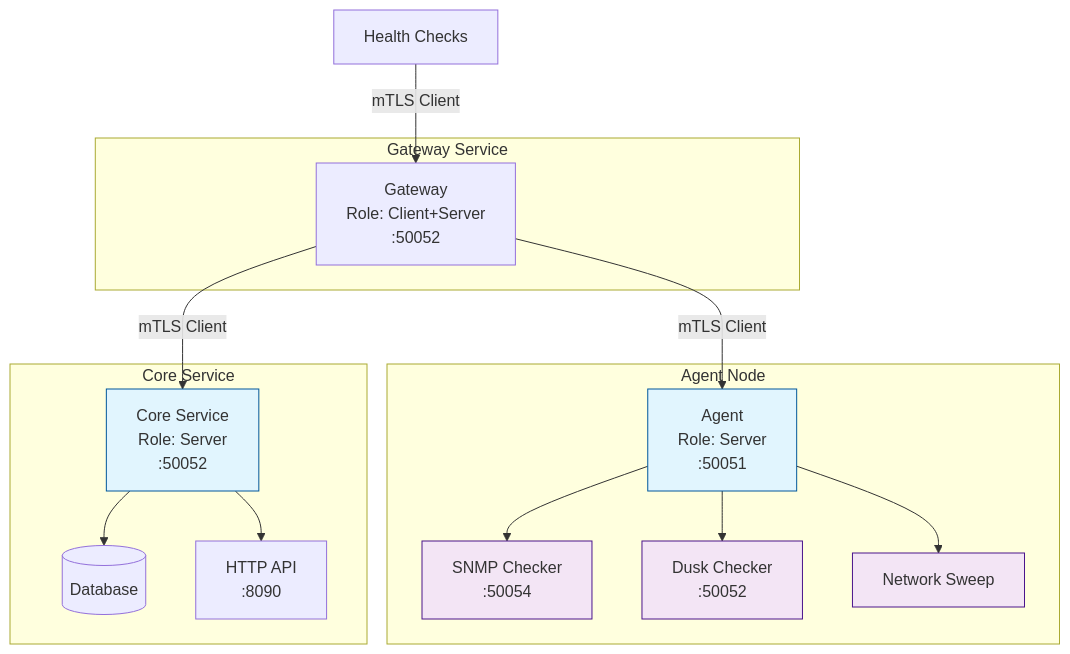
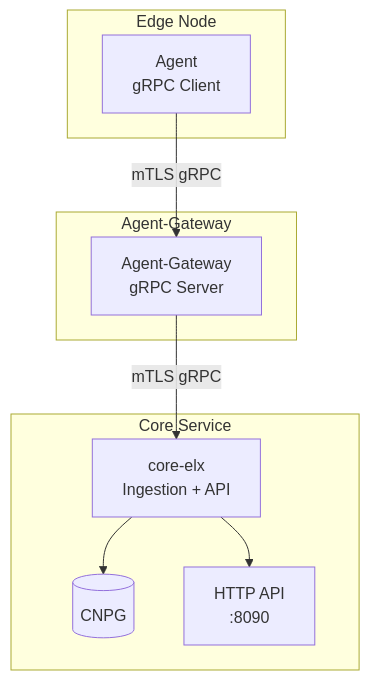
The second of 7 diagrams in docs/docs/architecture.md (carverauto/serviceradar), drawn with Mermaid before and after one commit. The commit also changed other lines of this file and 11 other files, not shown here.

````diff
--- a/docs/docs/architecture.md
+++ b/docs/docs/architecture.md
@@ -245,41 +241,22 @@
 ```mermaid
 graph TB
-subgraph "Agent Node"
-AG[Agent<br/>Role: Server<br/>:50051]
-SNMPCheck[SNMP Checker<br/>:50054]
-DuskCheck[Dusk Checker<br/>:50052]
-SweepCheck[Network Sweep]
+    subgraph "Edge Node"
+        AG[Agent<br/>gRPC Client]
+    end
 
-        AG --> SNMPCheck
-        AG --> DuskCheck
-        AG --> SweepCheck
+    subgraph "Agent-Gateway"
+        GW[Agent-Gateway<br/>gRPC Server]
     end
-    
-    subgraph "Gateway Service"
-        GW[Gateway<br/>Role: Client+Server<br/>:50052]
-    end
-    
+
     subgraph "Core Service"
-        CL[Core Service<br/>Role: Server<br/>:50052]
-        DB[(Database)]
+        CL[core-elx<br/>Ingestion + API]
+        DB[(CNPG)]
         API[HTTP API<br/>:8090]
-        
+
         CL --> DB
         CL --> API
     end
-    
-    %% Client connections from Gateway
-    GW -->|mTLS Client| AG
-    GW -->|mTLS Client| CL
-    
-    %% Server connections to Gateway
-    HC1[Health Checks] -->|mTLS Client| GW
-    
-    classDef server fill:#e1f5fe,stroke:#01579b
-    classDef client fill:#f3e5f5,stroke:#4a148c
-    classDef dual fill:#fff3e0,stroke:#e65100
-    
-    class AG,CL server
-    class PL dual
-    class SNMPCheck,DuskCheck,SweepCheck client
+
+    AG -->|mTLS gRPC| GW
+    GW -->|mTLS gRPC| CL
 ```
````
